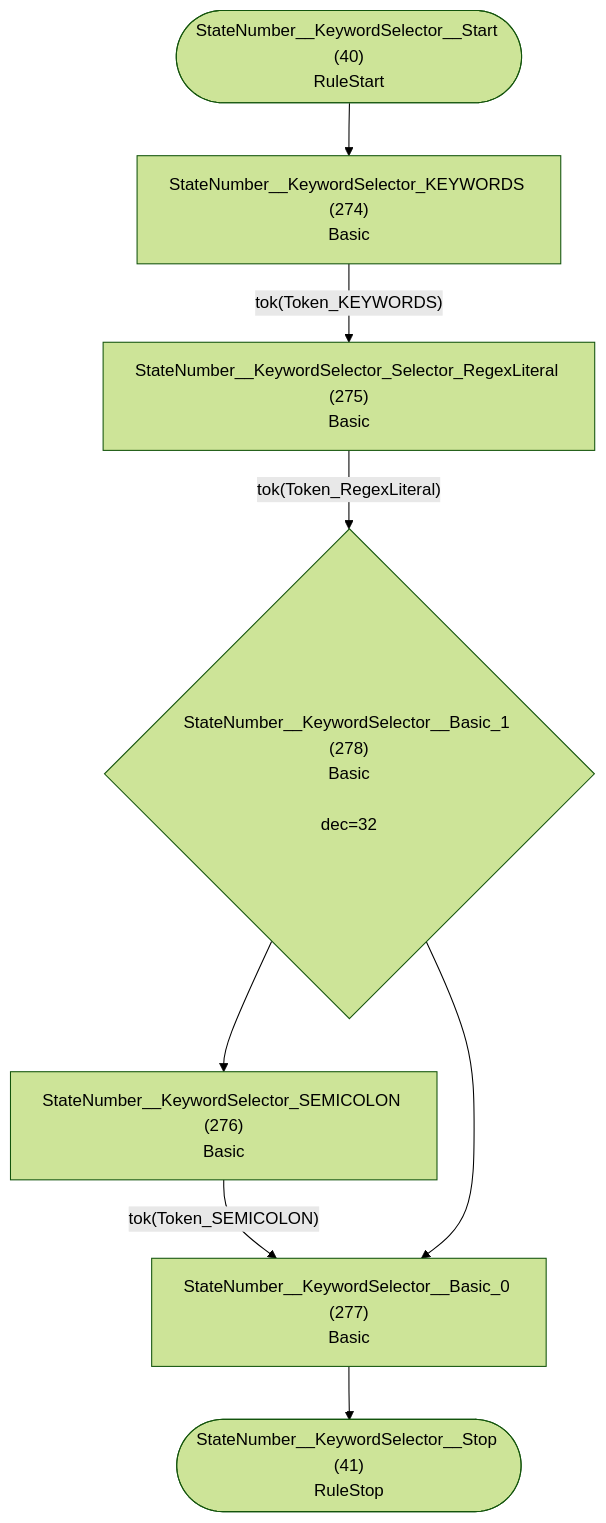
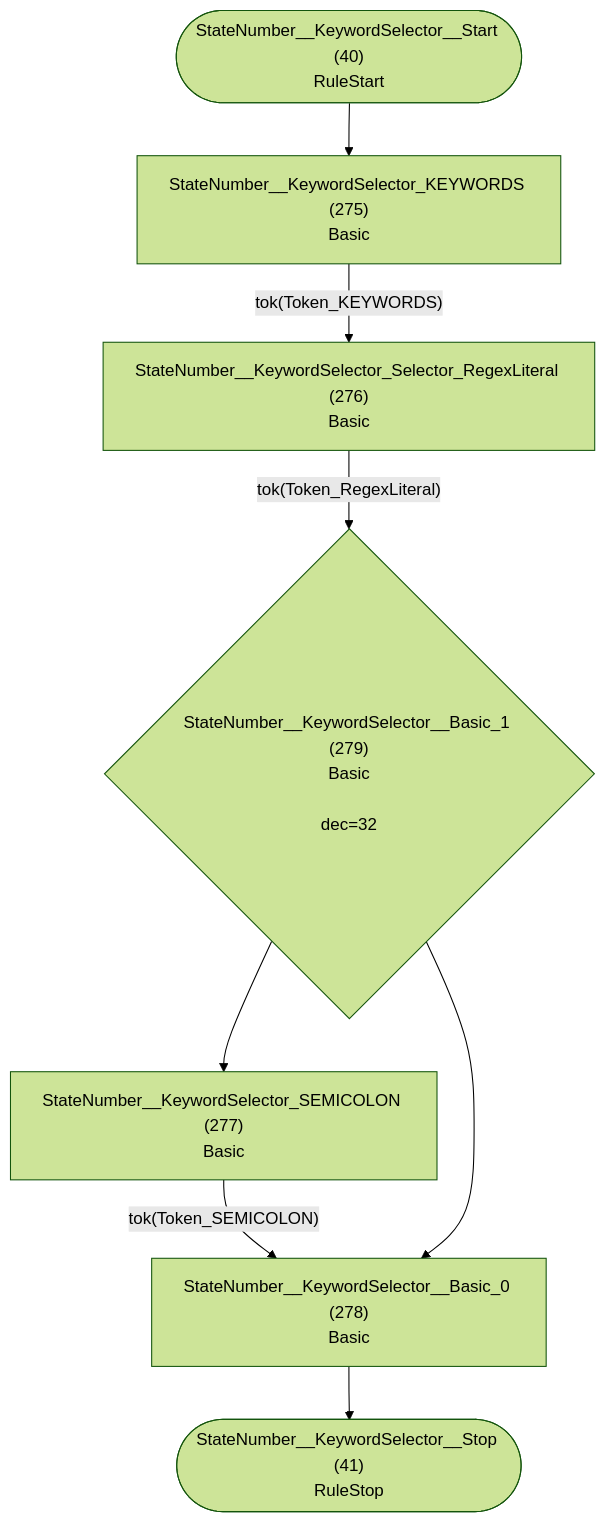
Diagram 21 of 36 in internal/grammar/atn.md (TypeFox/fastbelt), drawn with Mermaid (forest theme) before and after one commit. The commit also changed other lines of this file and 9 other files, not shown here.

Commit message:
Add token mode's keyword usages + Bootstrap

````diff
--- a/internal/grammar/atn.md
+++ b/internal/grammar/atn.md
@@ -652,18 +654,18 @@
 ```mermaid
 flowchart TD
     q40(["StateNumber__KeywordSelector__Start (40)<br/>RuleStart"])
     q41(["StateNumber__KeywordSelector__Stop (41)<br/>RuleStop"])
-    q274["StateNumber__KeywordSelector_KEYWORDS (274)<br/>Basic<br/>"]
-    q275["StateNumber__KeywordSelector_Selector_RegexLiteral (275)<br/>Basic<br/>"]
-    q276["StateNumber__KeywordSelector_SEMICOLON (276)<br/>Basic<br/>"]
-    q277["StateNumber__KeywordSelector__Basic_0 (277)<br/>Basic<br/>"]
-    q278{"StateNumber__KeywordSelector__Basic_1 (278)<br/>Basic<br/><br/>dec=32"}
+    q275["StateNumber__KeywordSelector_KEYWORDS (275)<br/>Basic<br/>"]
+    q276["StateNumber__KeywordSelector_Selector_RegexLiteral (276)<br/>Basic<br/>"]
+    q277["StateNumber__KeywordSelector_SEMICOLON (277)<br/>Basic<br/>"]
+    q278["StateNumber__KeywordSelector__Basic_0 (278)<br/>Basic<br/>"]
+    q279{"StateNumber__KeywordSelector__Basic_1 (279)<br/>Basic<br/><br/>dec=32"}
 
-    q40 --> q274
-    q274 -->|"tok(Token_KEYWORDS)"| q275
-    q275 -->|"tok(Token_RegexLiteral)"| q278
-    q276 -->|"tok(Token_SEMICOLON)"| q277
-    q277 --> q41
-    q278 --> q276
-    q278 --> q277
+    q40 --> q275
+    q275 -->|"tok(Token_KEYWORDS)"| q276
+    q276 -->|"tok(Token_RegexLiteral)"| q279
+    q277 -->|"tok(Token_SEMICOLON)"| q278
+    q278 --> q41
+    q279 --> q277
+    q279 --> q278
 ```
````
